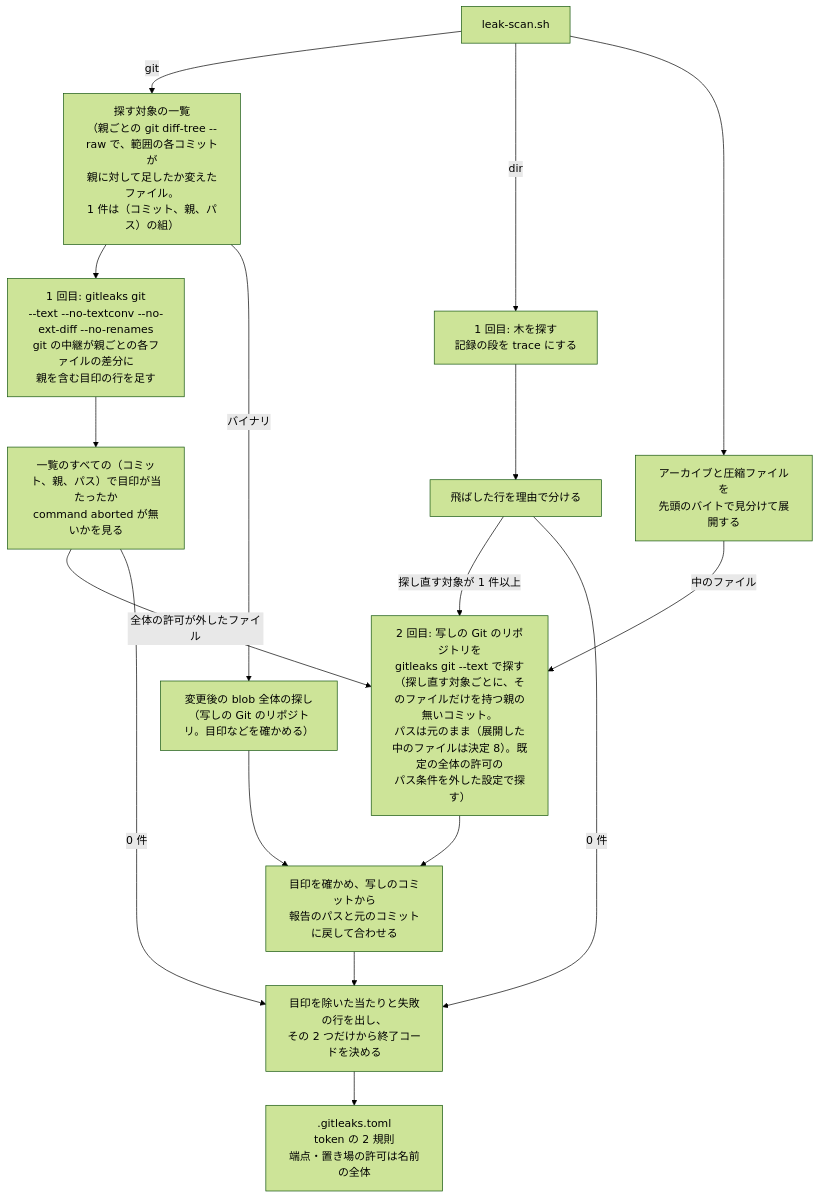
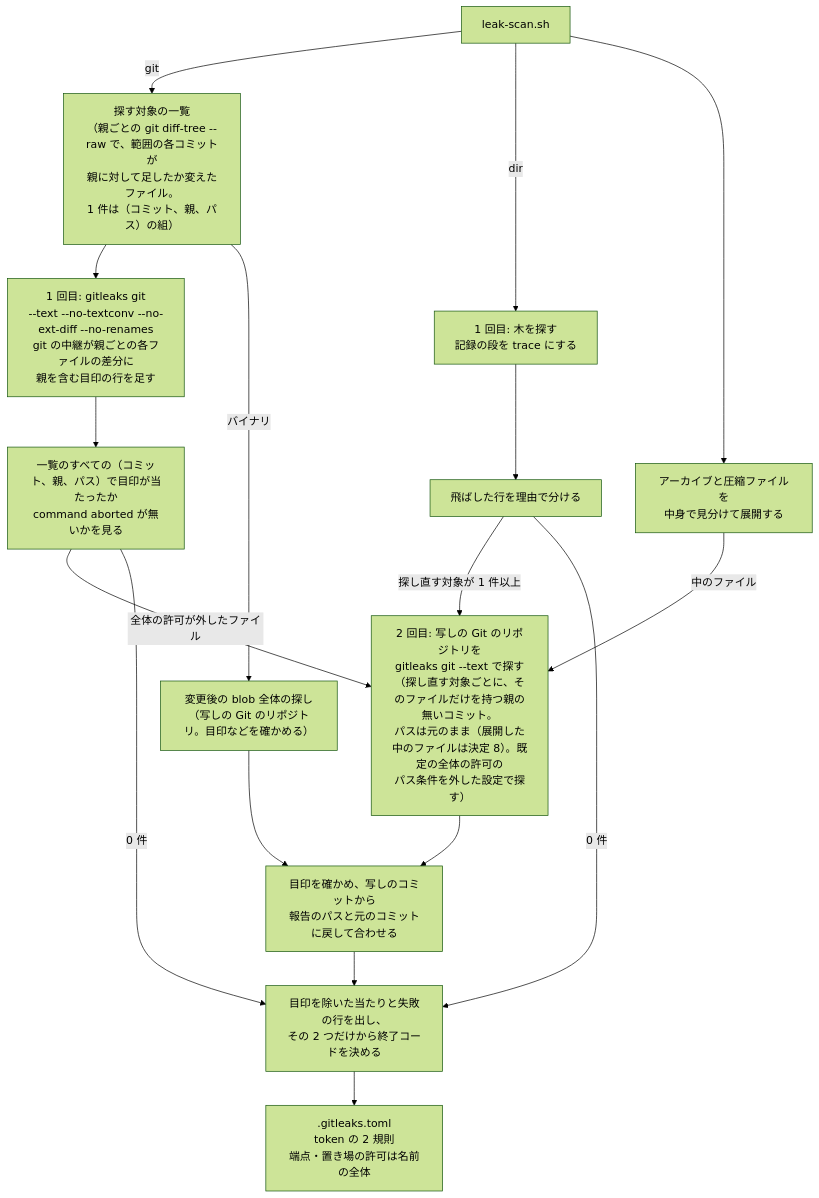
The second of 3 diagrams in issues/issue-98-design.md (devbasex/nd-factory), drawn with Mermaid (forest theme) before and after one commit. The commit also changed other lines of this file and 2 other files, not shown here.

````diff
--- a/issues/issue-98-design.md
+++ b/issues/issue-98-design.md
@@ -90,19 +90,19 @@
 ```mermaid
 flowchart TD
     scan["leak-scan.sh"] -->|git| list["探す対象の一覧<br/>（親ごとの git diff-tree --raw で、範囲の各コミットが<br/>親に対して足したか変えたファイル。<br/>1 件は（コミット、親、パス）の組）"]
     list --> ggit["1 回目: gitleaks git<br/>--text --no-textconv --no-ext-diff --no-renames<br/>git の中継が親ごとの各ファイルの差分に<br/>親を含む目印の行を足す"]
     ggit --> gchk["一覧のすべての（コミット、親、パス）で目印が当たったか<br/>command aborted が無いかを見る"]
     scan -->|dir| p1["1 回目: 木を探す<br/>記録の段を trace にする"]
     p1 --> pick["飛ばした行を理由で分ける"]
-    scan --> arc["アーカイブと圧縮ファイルを<br/>先頭のバイトで見分けて展開する"]
+    scan --> arc["アーカイブと圧縮ファイルを<br/>中身で見分けて展開する"]
     arc -->|中のファイル| p2
     gchk -->|全体の許可が外したファイル| p2
     list -->|バイナリ| blob["変更後の blob 全体の探し<br/>（写しの Git のリポジトリ。目印などを確かめる）"]
     blob --> merge
     pick -->|探し直す対象が 1 件以上| p2["2 回目: 写しの Git のリポジトリを<br/>gitleaks git --text で探す<br/>（探し直す対象ごとに、そのファイルだけを持つ親の無いコミット。<br/>パスは元のまま（展開した中のファイルは決定 8）。既定の全体の許可の<br/>パス条件を外した設定で探す）"]
     p2 --> merge["目印を確かめ、写しのコミットから<br/>報告のパスと元のコミットに戻して合わせる"]
     pick -->|0 件| out["目印を除いた当たりと失敗の行を出し、<br/>その 2 つだけから終了コードを決める"]
     gchk -->|0 件| out
     merge --> out
     out --> rules[".gitleaks.toml<br/>token の 2 規則<br/>端点・置き場の許可は名前の全体"]
 ```
````
